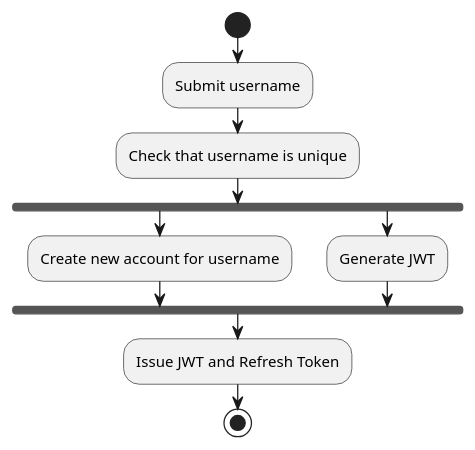
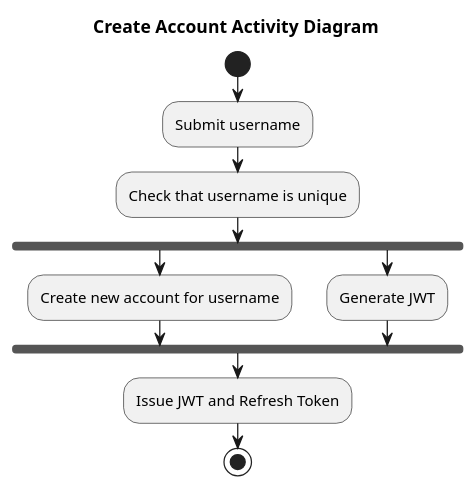
One commit to micahbaumann/CS-5800-Project-Micah-UML changed the diagram in 7_CreateAccountActivity.puml. Above: the diagram before and after it, drawn with PlantUML. The commit also changed 17 other files, not shown here.

```diff
--- a/7_CreateAccountActivity.puml
+++ b/7_CreateAccountActivity.puml
@@ -1,16 +1,17 @@
 @startuml
 'https://plantuml.com/activity-diagram-beta
+title Create Account Activity Diagram
 
 start
 :Submit username;
 :Check that username is unique;
 fork
 :Create new account for username;
 fork again
 :Generate JWT;
 end fork
 :Issue JWT and Refresh Token;
 
 stop
 
 @enduml
```
